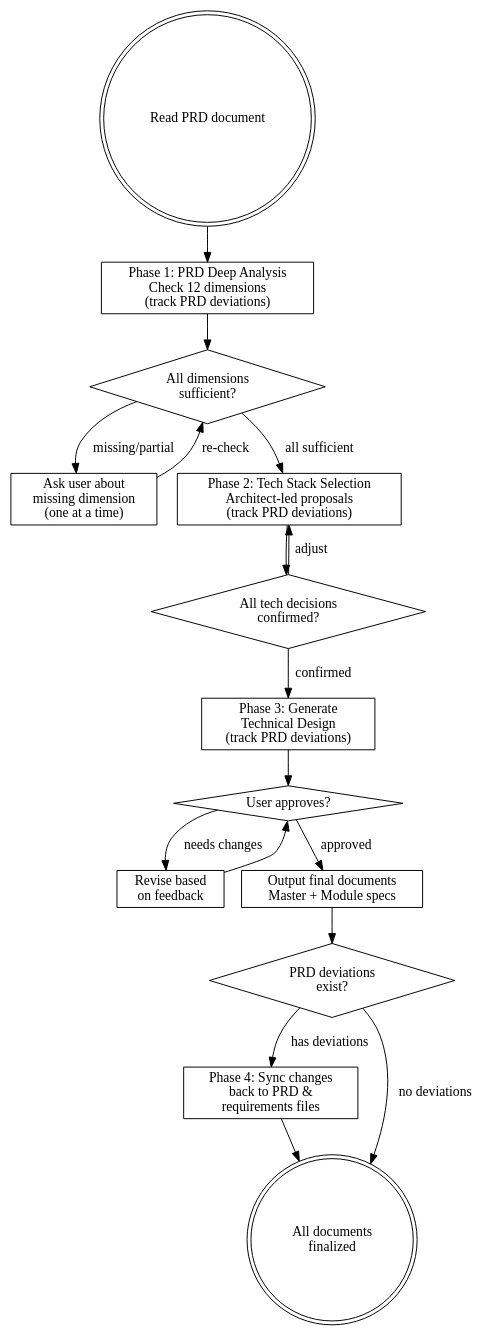
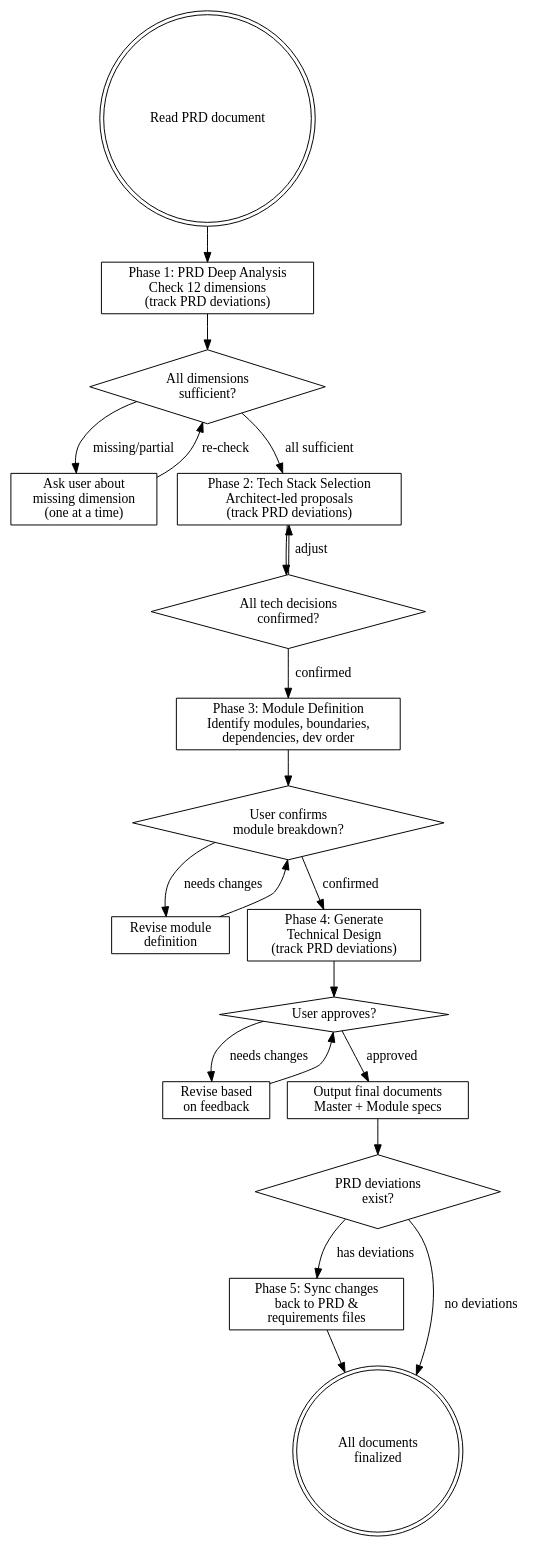
Before and after one commit to ithkeen/ithkeen-skills: the diagram in technical-design-writer/SKILL.md, drawn with Graphviz. The commit also changed other lines of this file, not shown here.

Commit message:
feat: update technical-design-writer skill

````diff
--- a/technical-design-writer/SKILL.md
+++ b/technical-design-writer/SKILL.md
@@ -41,37 +41,44 @@
 ```dot
 digraph technical_design {
     rankdir=TB;
     node [shape=box];
 
     start [label="Read PRD document" shape=doublecircle];
     phase1 [label="Phase 1: PRD Deep Analysis\nCheck 12 dimensions\n(track PRD deviations)"];
     gap_check [label="All dimensions\nsufficient?" shape=diamond];
     ask_user [label="Ask user about\nmissing dimension\n(one at a time)"];
     phase2 [label="Phase 2: Tech Stack Selection\nArchitect-led proposals\n(track PRD deviations)"];
     tech_confirm [label="All tech decisions\nconfirmed?" shape=diamond];
-    phase3 [label="Phase 3: Generate\nTechnical Design\n(track PRD deviations)"];
+    module_def [label="Phase 3: Module Definition\nIdentify modules, boundaries,\ndependencies, dev order"];
+    module_confirm [label="User confirms\nmodule breakdown?" shape=diamond];
+    module_revise [label="Revise module\ndefinition"];
+    phase4 [label="Phase 4: Generate\nTechnical Design\n(track PRD deviations)"];
     review [label="User approves?" shape=diamond];
     revise [label="Revise based\non feedback"];
     output [label="Output final documents\nMaster + Module specs"];
     has_changes [label="PRD deviations\nexist?" shape=diamond];
-    sync_upstream [label="Phase 4: Sync changes\nback to PRD &\nrequirements files"];
+    sync_upstream [label="Phase 5: Sync changes\nback to PRD &\nrequirements files"];
     done [label="All documents\nfinalized" shape=doublecircle];
 
     start -> phase1;
     phase1 -> gap_check;
     gap_check -> ask_user [label="missing/partial"];
     gap_check -> phase2 [label="all sufficient"];
     ask_user -> gap_check [label="re-check"];
     phase2 -> tech_confirm;
     tech_confirm -> phase2 [label="adjust"];
-    tech_confirm -> phase3 [label="confirmed"];
-    phase3 -> review;
+    tech_confirm -> module_def [label="confirmed"];
+    module_def -> module_confirm;
+    module_confirm -> module_revise [label="needs changes"];
+    module_confirm -> phase4 [label="confirmed"];
+    module_revise -> module_confirm;
+    phase4 -> review;
     review -> revise [label="needs changes"];
     review -> output [label="approved"];
     revise -> review;
     output -> has_changes;
     has_changes -> done [label="no deviations"];
     has_changes -> sync_upstream [label="has deviations"];
     sync_upstream -> done;
 }
 ```
````
